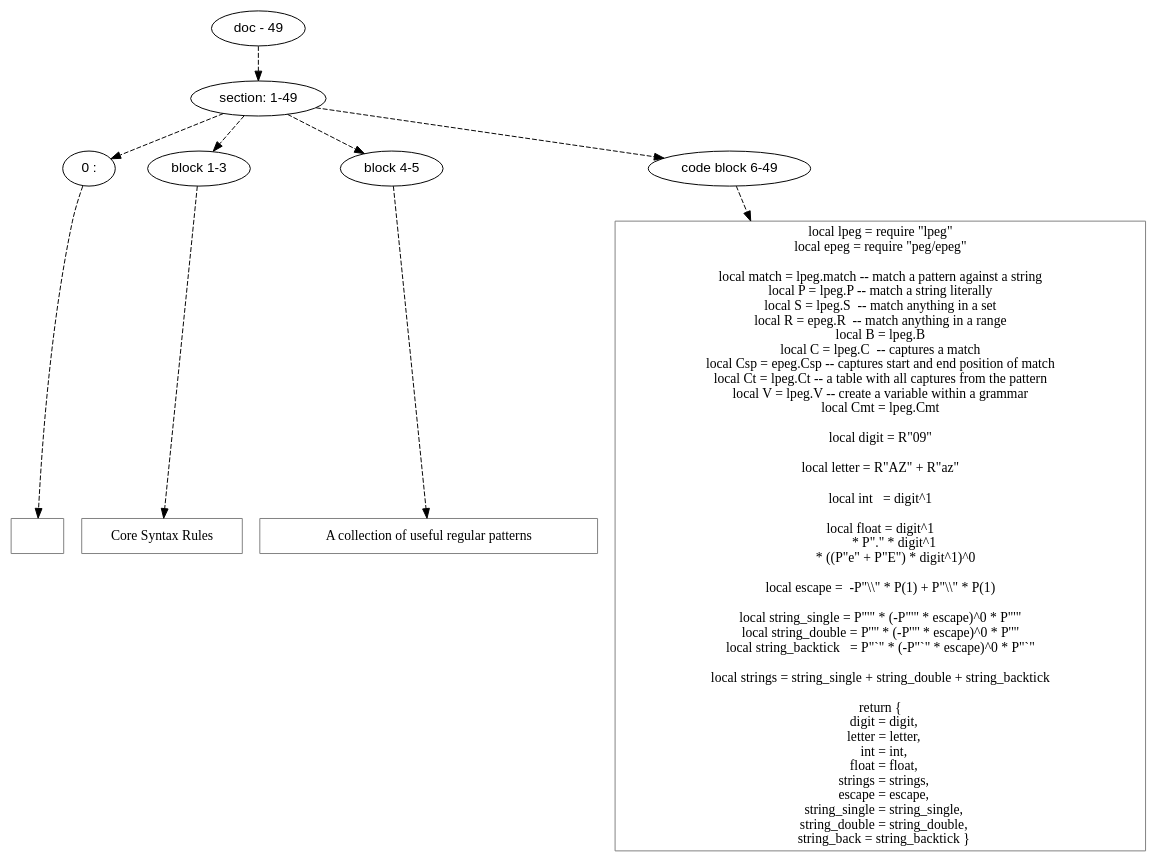
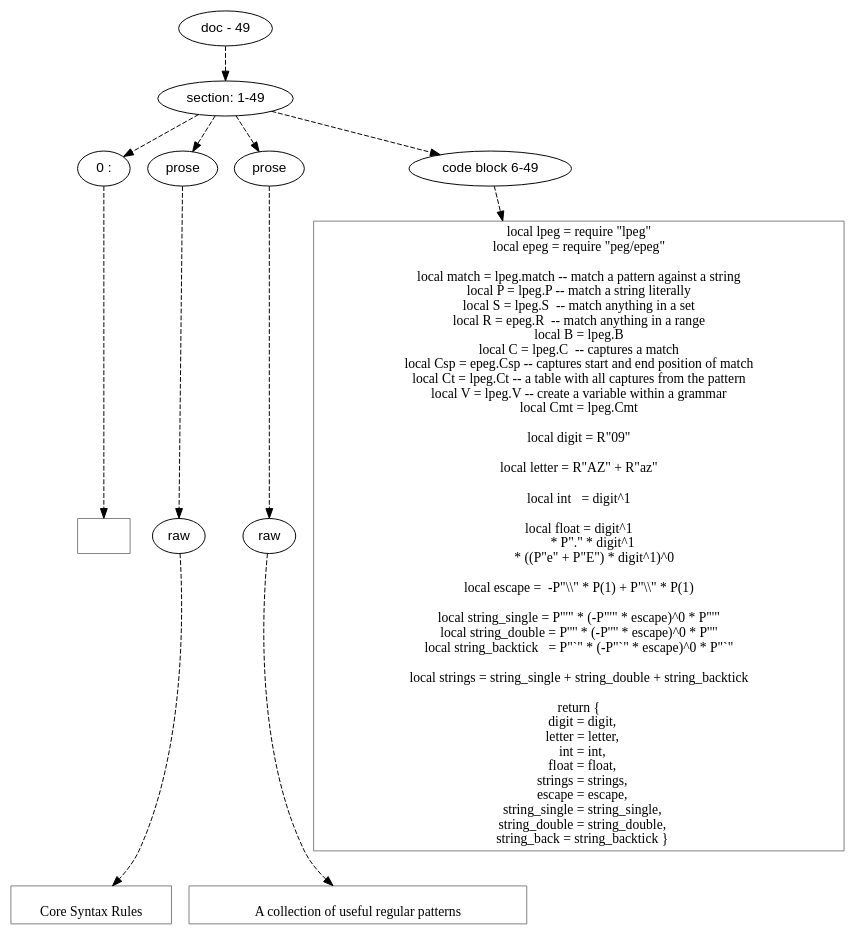
The diagram in doc/dot/peg/core-rules.dot (mnemnion/orb), drawn with Graphviz before and after one commit. The commit also changed 127 other files, not shown here.

```diff
--- a/doc/dot/peg/core-rules.dot
+++ b/doc/dot/peg/core-rules.dot
@@ -1,79 +1,93 @@
 digraph hierarchy {
 
 node [fontname=Helvetica]
 edge [style=dashed]
 
 doc_0 [label="doc - 49"]
 
 
 doc_0 -> { section_1}
 {rank=same; section_1}
 
 section_1 [label="section: 1-49"]
 
 
-section_1 -> { header_2 block_3 block_4 codeblock_5}
-{rank=same; header_2 block_3 block_4 codeblock_5}
+section_1 -> { header_2 prose_3 prose_4 codeblock_5}
+{rank=same; header_2 prose_3 prose_4 codeblock_5}
 
 header_2 [label="0 : "]
 
-block_3 [label="block 1-3"]
+prose_3 [label="prose"]
 
-block_4 [label="block 4-5"]
+prose_4 [label="prose"]
 
 codeblock_5 [label="code block 6-49"]
 
 
 header_2 -> leaf_6
 leaf_6  [color=Gray,shape=rectangle,fontname=Inconsolata,label=""]
-block_3 -> leaf_7
-leaf_7  [color=Gray,shape=rectangle,fontname=Inconsolata,label=" Core Syntax Rules
+prose_3 -> { raw_7}
+{rank=same; raw_7}
+
+raw_7 [label="raw"]
+
+
+raw_7 -> leaf_8
+leaf_8  [color=Gray,shape=rectangle,fontname=Inconsolata,label="
+ Core Syntax Rules
 "]
-block_4 -> leaf_8
-leaf_8  [color=Gray,shape=rectangle,fontname=Inconsolata,label=" A collection of useful regular patterns
+prose_4 -> { raw_9}
+{rank=same; raw_9}
+
+raw_9 [label="raw"]
+
+
+raw_9 -> leaf_10
+leaf_10  [color=Gray,shape=rectangle,fontname=Inconsolata,label="
+ A collection of useful regular patterns
 "]
-codeblock_5 -> leaf_9
-leaf_9  [color=Gray,shape=rectangle,fontname=Inconsolata,label="local lpeg = require \"lpeg\"
+codeblock_5 -> leaf_11
+leaf_11  [color=Gray,shape=rectangle,fontname=Inconsolata,label="local lpeg = require \"lpeg\"
 local epeg = require \"peg/epeg\"
 
 local match = lpeg.match -- match a pattern against a string
 local P = lpeg.P -- match a string literally
 local S = lpeg.S  -- match anything in a set
 local R = epeg.R  -- match anything in a range
 local B = lpeg.B
 local C = lpeg.C  -- captures a match
 local Csp = epeg.Csp -- captures start and end position of match
 local Ct = lpeg.Ct -- a table with all captures from the pattern
 local V = lpeg.V -- create a variable within a grammar
 local Cmt = lpeg.Cmt
 
 local digit = R\"09\"
 
 local letter = R\"AZ\" + R\"az\"
 
 local int   = digit^1
 
 local float = digit^1 
          * P\".\" * digit^1 
           * ((P\"e\" + P\"E\") * digit^1)^0
 
 local escape =  -P\"\\\\\" * P(1) + P\"\\\\\" * P(1)
 
 local string_single = P\"'\" * (-P\"'\" * escape)^0 * P\"'\"
 local string_double = P'\"' * (-P'\"' * escape)^0 * P'\"'
 local string_backtick   = P\"`\" * (-P\"`\" * escape)^0 * P\"`\"
 
 local strings = string_single + string_double + string_backtick
 
 return {
    digit = digit,
    letter = letter,
    int = int,
    float = float,
    strings = strings,
    escape = escape,
    string_single = string_single,
    string_double = string_double,
    string_back = string_backtick }"]
 
 }
```
